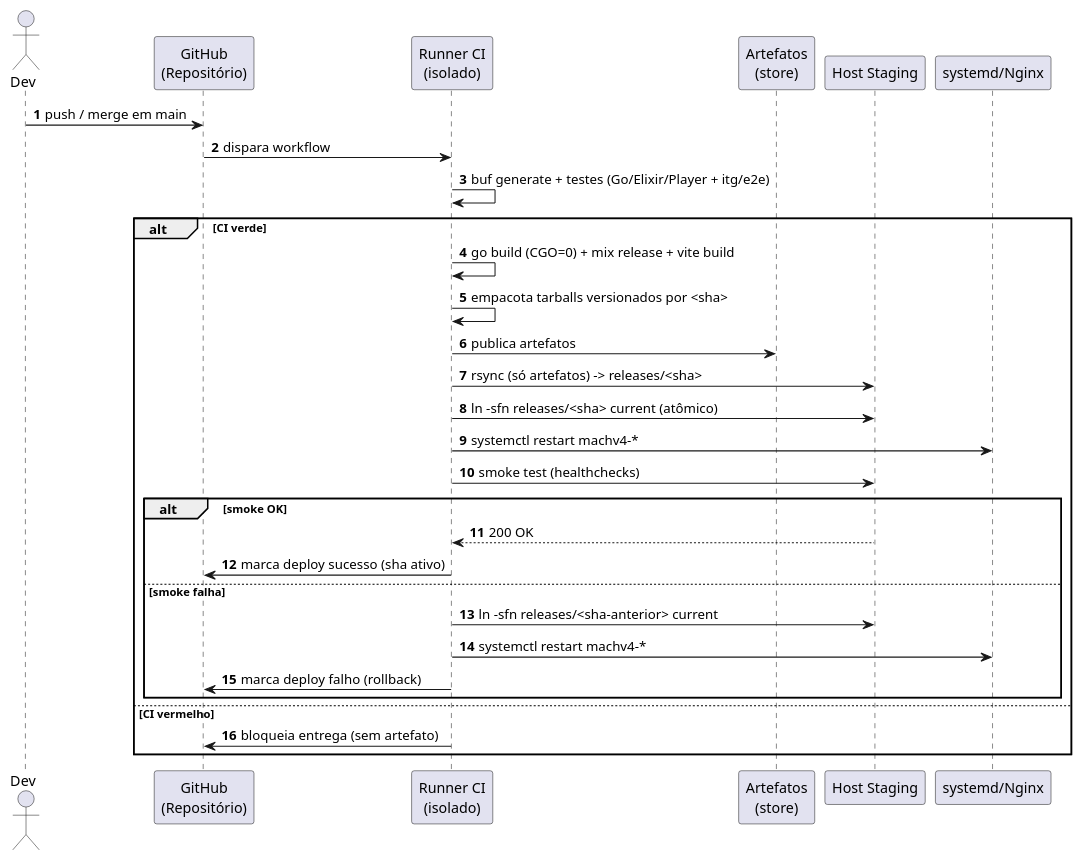
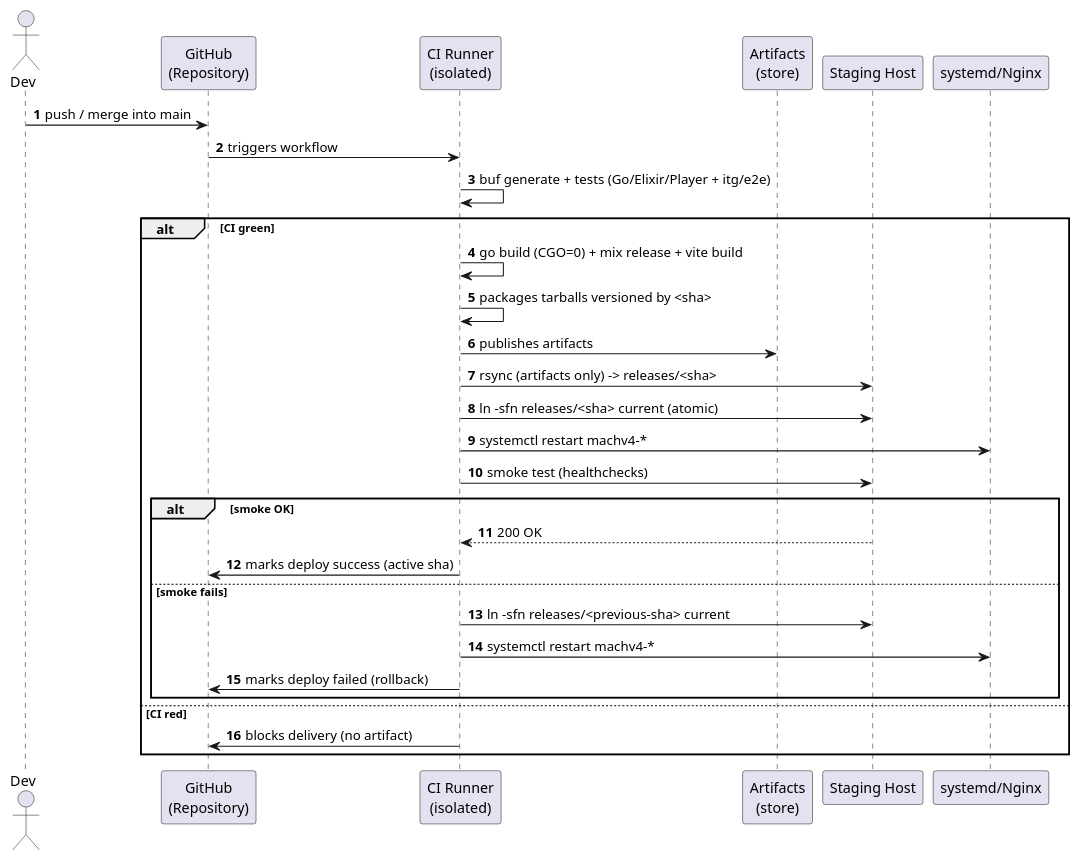
The second of 3 diagrams in specs/002-entrega-continua-artefatos/spec.md (GiovaniRodrigo/arquitetura-mach-saas-nocode), drawn with PlantUML before and after one commit. The commit also changed other lines of this file and 86 other files, not shown here.

````diff
--- a/specs/002-entrega-continua-artefatos/spec.md
+++ b/specs/002-entrega-continua-artefatos/spec.md
@@ -136,34 +136,34 @@
 ```plantuml
 @startuml
 autonumber
 actor Dev
-participant "GitHub\n(Repositório)" as Git
-participant "Runner CI\n(isolado)" as CI
-participant "Artefatos\n(store)" as Art
-participant "Host Staging" as Host
+participant "GitHub\n(Repository)" as Git
+participant "CI Runner\n(isolated)" as CI
+participant "Artifacts\n(store)" as Art
+participant "Staging Host" as Host
 participant "systemd/Nginx" as Svc
 
-Dev -> Git : push / merge em main
-Git -> CI : dispara workflow
-CI -> CI : buf generate + testes (Go/Elixir/Player + itg/e2e)
-alt CI verde
+Dev -> Git : push / merge into main
+Git -> CI : triggers workflow
+CI -> CI : buf generate + tests (Go/Elixir/Player + itg/e2e)
+alt CI green
   CI -> CI : go build (CGO=0) + mix release + vite build
-  CI -> CI : empacota tarballs versionados por <sha>
-  CI -> Art : publica artefatos
-  CI -> Host : rsync (só artefatos) -> releases/<sha>
-  CI -> Host : ln -sfn releases/<sha> current (atômico)
+  CI -> CI : packages tarballs versioned by <sha>
+  CI -> Art : publishes artifacts
+  CI -> Host : rsync (artifacts only) -> releases/<sha>
+  CI -> Host : ln -sfn releases/<sha> current (atomic)
   CI -> Svc : systemctl restart machv4-*
   CI -> Host : smoke test (healthchecks)
   alt smoke OK
     Host --> CI : 200 OK
-    CI -> Git : marca deploy sucesso (sha ativo)
-  else smoke falha
-    CI -> Host : ln -sfn releases/<sha-anterior> current
+    CI -> Git : marks deploy success (active sha)
+  else smoke fails
+    CI -> Host : ln -sfn releases/<previous-sha> current
     CI -> Svc : systemctl restart machv4-*
-    CI -> Git : marca deploy falho (rollback)
+    CI -> Git : marks deploy failed (rollback)
   end
-else CI vermelho
-  CI -> Git : bloqueia entrega (sem artefato)
+else CI red
+  CI -> Git : blocks delivery (no artifact)
 end
 @enduml
 ```
````
